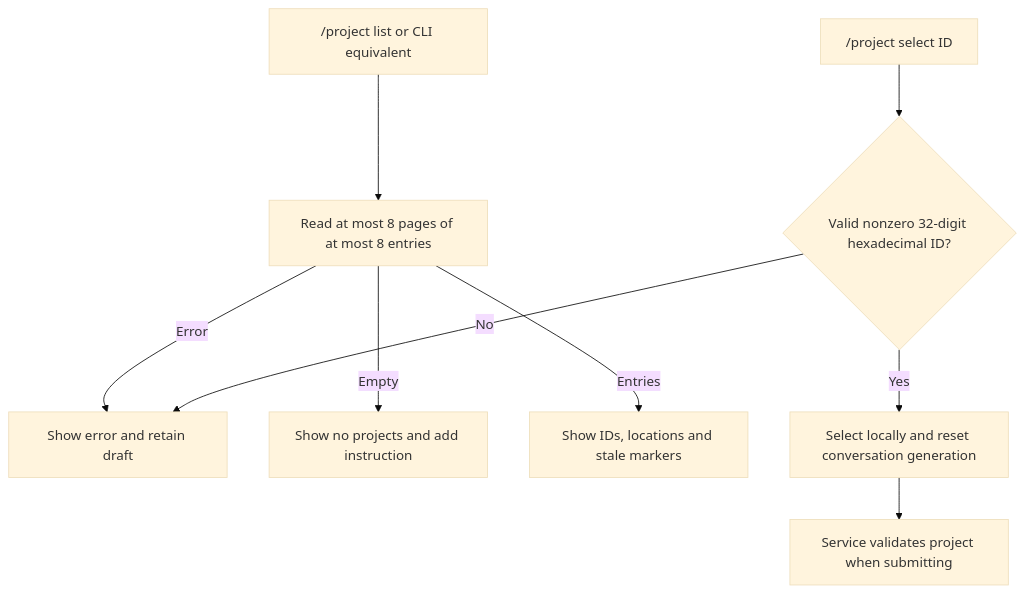
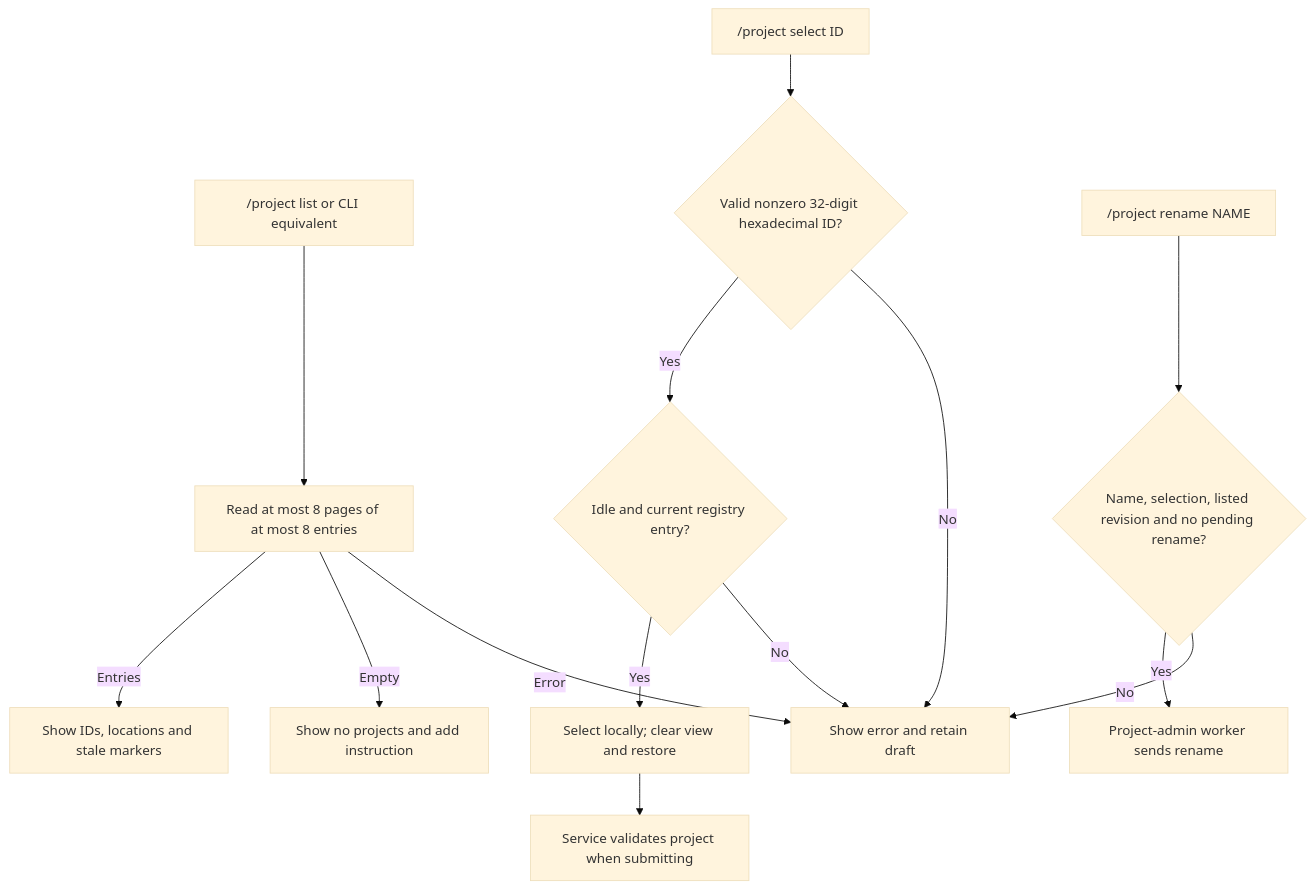
One commit to pidster/asura changed the ninth of 17 diagrams in docs/designs/command-flows.md. Above: the diagram before and after it, drawn with Mermaid (base theme). The commit also changed other lines of this file and 29 other files, not shown here.

````diff
--- a/docs/designs/command-flows.md
+++ b/docs/designs/command-flows.md
@@ -257,11 +270,16 @@
 ```mermaid
 flowchart TD
     List["/project list or CLI equivalent"] --> Pages["Read at most 8 pages of at most 8 entries"]
     Pages -->|Error| Error["Show error and retain draft"]
     Pages -->|Empty| Empty["Show no projects and add instruction"]
     Pages -->|Entries| Rows["Show IDs, locations and stale markers"]
     Choose["/project select ID"] --> ID{"Valid nonzero 32-digit hexadecimal ID?"}
     ID -->|No| Error
-    ID -->|Yes| Local["Select locally and reset conversation generation"]
+    ID -->|Yes| Guard{"Idle and current registry entry?"}
+    Guard -->|No| Error
+    Guard -->|Yes| Local["Select locally; clear view and restore"]
     Local --> Later["Service validates project when submitting"]
+    Rename["/project rename NAME"] --> Known{"Name, selection, listed revision and no pending rename?"}
+    Known -->|No| Error
+    Known -->|Yes| Admin["Project-admin worker sends rename"]
 ```
````
